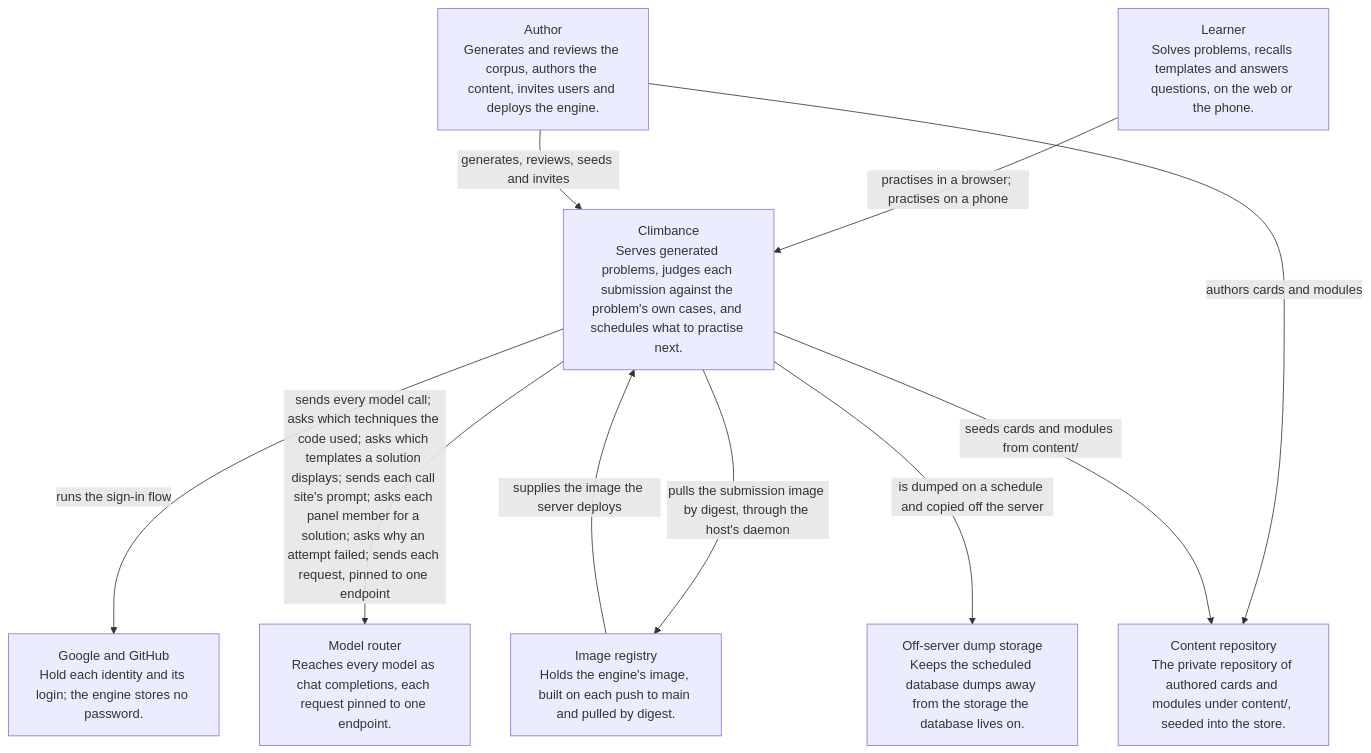
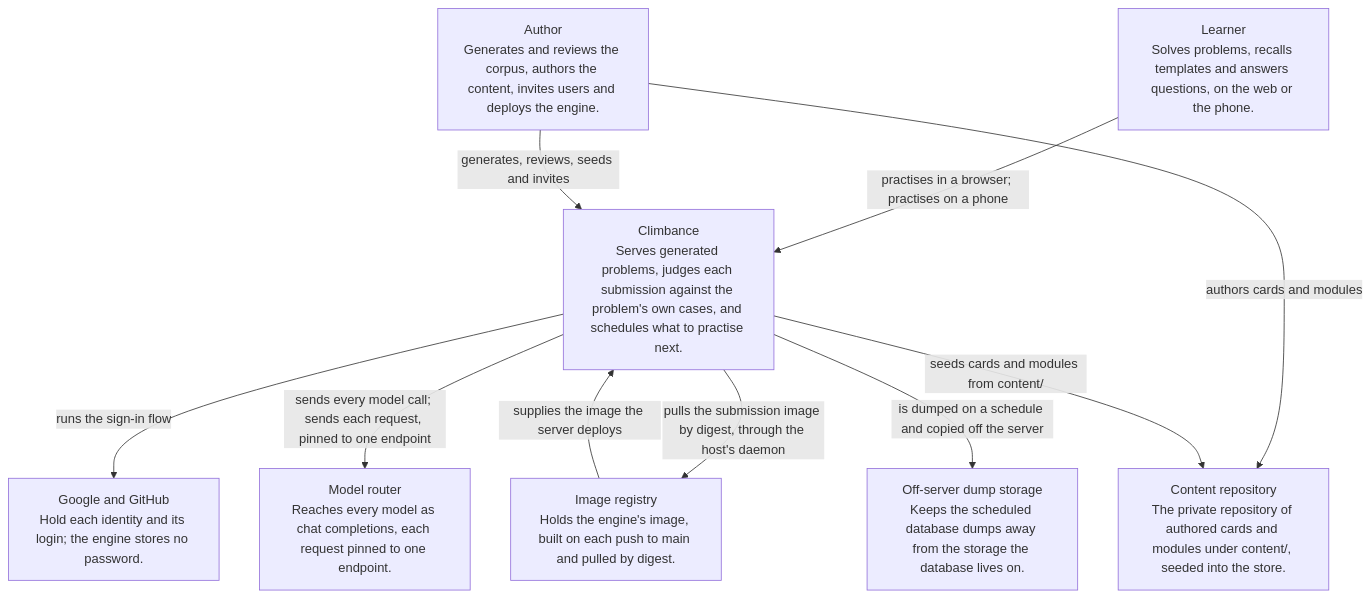
Before and after one commit to climbance/climbance: the first of 4 diagrams in docs/architecture/README.md, drawn with Mermaid. The commit also changed other lines of this file and 1 other file, not shown here.

First line of the commit message:
docs(architecture): send model calls through calls

````diff
--- a/docs/architecture/README.md
+++ b/docs/architecture/README.md
@@ -12,20 +12,20 @@
 ```mermaid
 flowchart TB
     engine["Climbance<br/>Serves generated problems, judges each submission against the problem's own cases, and schedules what to practise next."]
     learner["Learner<br/>Solves problems, recalls templates and answers questions, on the web or the phone."]
     author["Author<br/>Generates and reviews the corpus, authors the content, invites users and deploys the engine."]
     identity_providers["Google and GitHub<br/>Hold each identity and its login; the engine stores no password."]
     model_router["Model router<br/>Reaches every model as chat completions, each request pinned to one endpoint."]
     content_repo["Content repository<br/>The private repository of authored cards and modules under content/, seeded into the store."]
     image_registry["Image registry<br/>Holds the engine's image, built on each push to main and pulled by digest."]
     offsite_dumps["Off-server dump storage<br/>Keeps the scheduled database dumps away from the storage the database lives on."]
     learner -->|"practises in a browser; practises on a phone"| engine
     author -->|"generates, reviews, seeds and invites"| engine
     author -->|"authors cards and modules"| content_repo
     engine -->|"runs the sign-in flow"| identity_providers
     engine -->|"pulls the submission image by digest, through the host's daemon"| image_registry
-    engine -->|"sends every model call; asks which techniques the code used; asks which templates a solution displays; sends each call site's prompt; asks each panel member for a solution; asks why an attempt failed; sends each request, pinned to one endpoint"| model_router
+    engine -->|"sends every model call; sends each request, pinned to one endpoint"| model_router
     engine -->|"seeds cards and modules from content/"| content_repo
     image_registry -->|"supplies the image the server deploys"| engine
     engine -->|"is dumped on a schedule and copied off the server"| offsite_dumps
 ```
````
